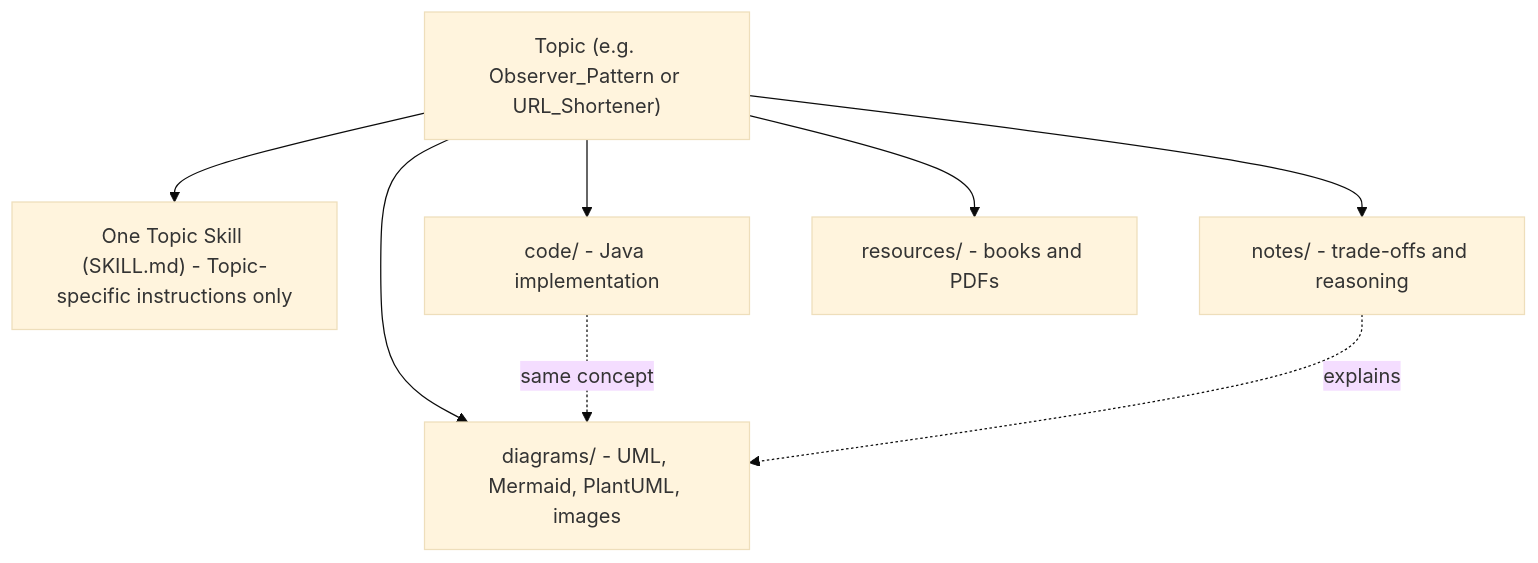
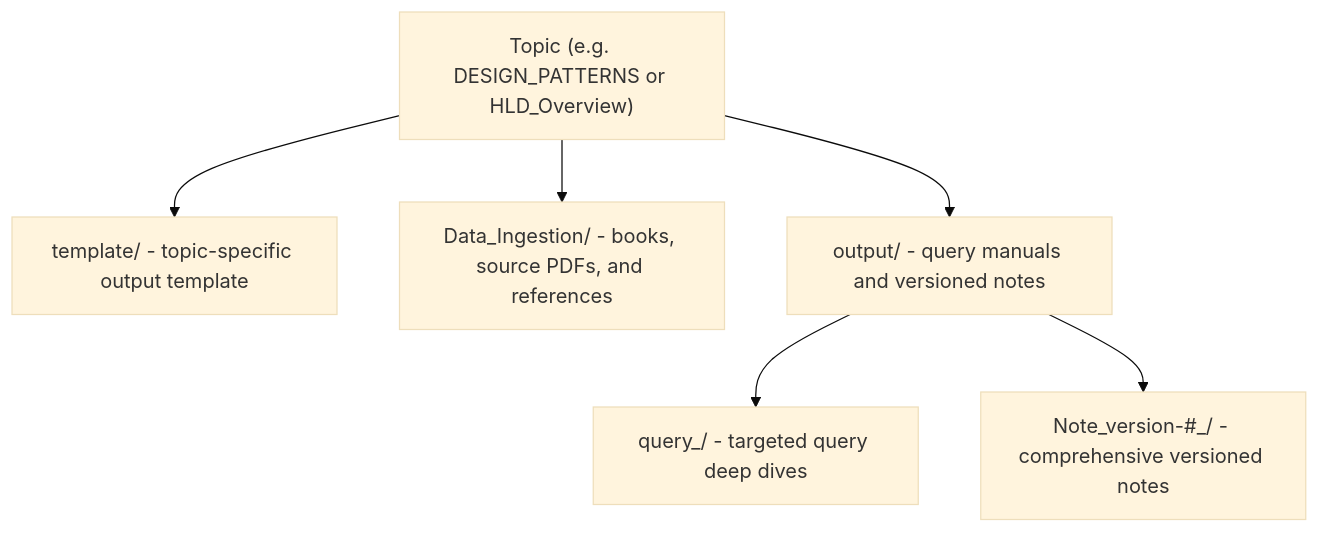
The third of 3 diagrams in architecture/architecture.md (AkmKawser/System-Design), drawn with Mermaid (base theme) before and after one commit. The commit also changed other lines of this file and 34 other files, not shown here.

Commit message:
feat: enforce Rule 15 single outline.md, delete legacy skills, and document shared memory architecture

````diff
--- a/architecture/architecture.md
+++ b/architecture/architecture.md
@@ -58,10 +60,8 @@
 ```mermaid
 flowchart TD
-    T["Topic (e.g. Observer_Pattern or URL_Shortener)"] --> S["One Topic Skill (SKILL.md) - Topic-specific instructions only"]
-    T --> D1["diagrams/ - UML, Mermaid, PlantUML, images"]
-    T --> D2["code/ - Java implementation"]
-    T --> D3["notes/ - trade-offs and reasoning"]
-    T --> D4["resources/ - books and PDFs"]
-    D2 -.->|"same concept"| D1
-    D3 -.->|"explains"| D1
+    T["Topic (e.g. DESIGN_PATTERNS or HLD_Overview)"] --> TMP["template/ - topic-specific output template"]
+    T --> DI["Data_Ingestion/ - books, source PDFs, and references"]
+    T --> OUT["output/ - query manuals and versioned notes"]
+    OUT --> QM["query_<topic>/ - targeted query deep dives"]
+    OUT --> VN["Note_version-#_<topic>/ - comprehensive versioned notes"]
 ```
````
